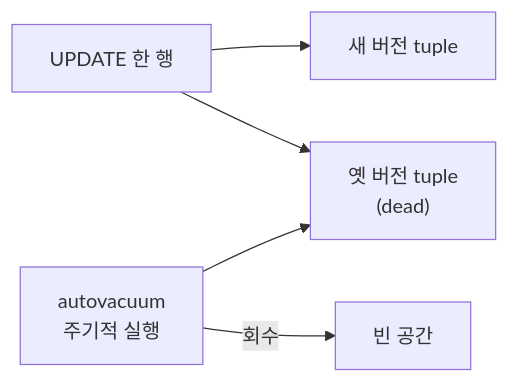
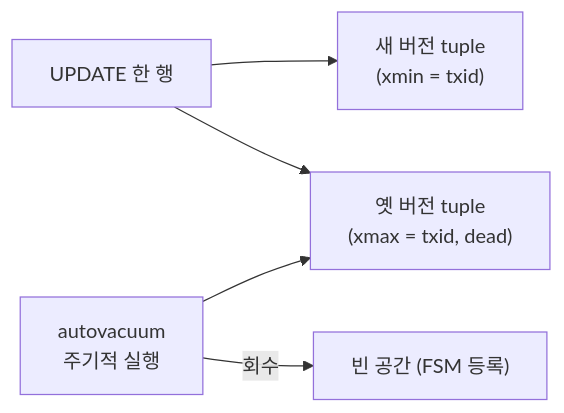
Before and after one commit to shinkeonkim/shinkeonkim.github.io: the third of 7 diagrams in src/content/wiki/database-internals/postgresql.mdx, drawn with Mermaid. The commit also changed other lines of this file and 526 other files, not shown here.

First line of the commit message:
content(wiki): 전수조사 및 대규모 보강 (짧은 파일 0, mermaid +645)

````diff
--- a/src/content/wiki/database-internals/postgresql.mdx
+++ b/src/content/wiki/database-internals/postgresql.mdx
@@ -40,7 +84,7 @@
 ```mermaid
 flowchart LR
-    Update[UPDATE 한 행] --> NewVer[새 버전 tuple]
-    Update --> DeadVer["옛 버전 tuple<br/>(dead)"]
-    Auto[autovacuum<br/>주기적 실행] --> DeadVer
-    Auto -->|회수| Space[빈 공간]
+    Update["UPDATE 한 행"] --> NewVer["새 버전 tuple<br/>(xmin = txid)"]
+    Update --> DeadVer["옛 버전 tuple<br/>(xmax = txid, dead)"]
+    Auto["autovacuum<br/>주기적 실행"] --> DeadVer
+    Auto -->|회수| Space["빈 공간 (FSM 등록)"]
 ```
````
